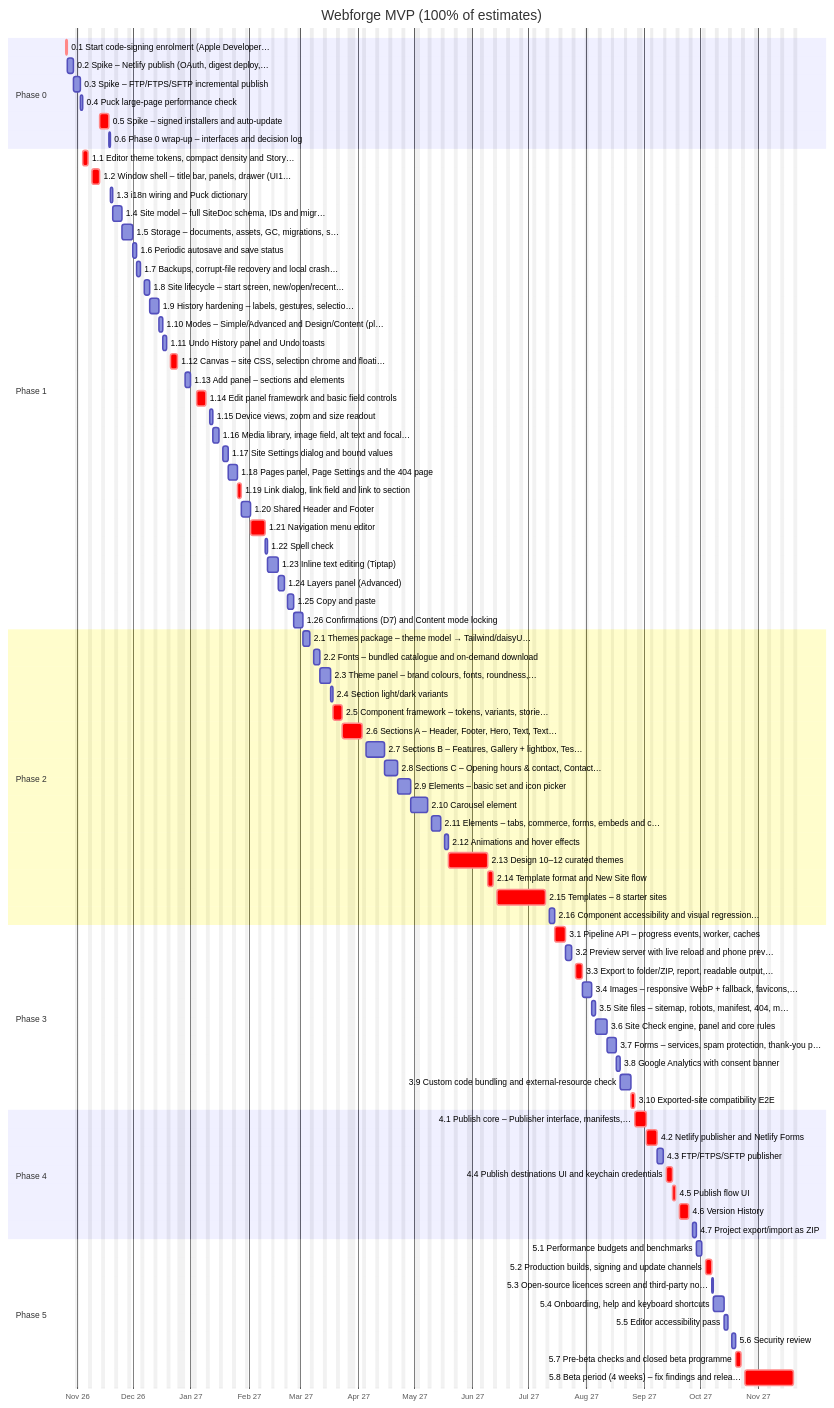
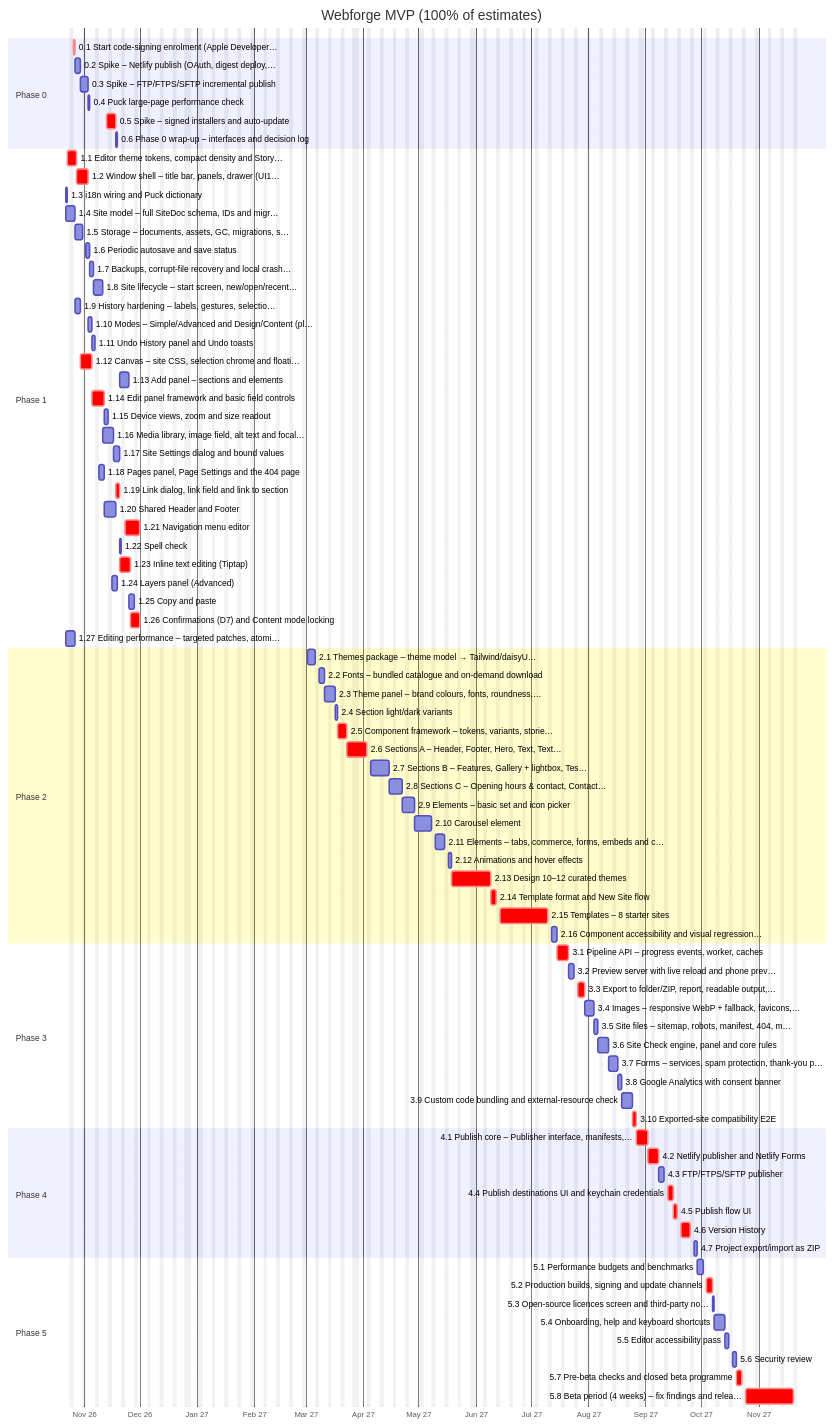
The diagram in spec/04-implementation-plan.md (nexustech/webforge), drawn with Mermaid before and after one commit. The commit also changed other lines of this file and 2 other files, not shown here.

Commit message:
docs(spec): plan Phase 1 as three concurrent streams (#91)
* docs(spec): plan Phase 1 as three concurrent streams

- spec/04: three streams with ownership and order, one item in progress
  per stream; Phase 1 dates 22 Oct-30 Nov 2026 (+25%: 9 Dec), effort
  82 days; new item 1.27 (editing performance, ADR 0007); 1.16 and 1.20
  re-estimated to 4 days; 1.9 depends on 1.27; Gantt updated
- fix references: 1.26 cites F-ED-10 (Content mode), 1.16 adds G14,
  the coverage table follows; R6 points at 1.5 for the sync-folder
  warning
- spec/02 F-SET-1 lists opening hours, as item 1.17 does
- research/stack/04: the shared Header/Footer are .wforge documents

* docs(spec): note early-start items and the new critical chain

```diff
--- a/spec/04-implementation-plan.md
+++ b/spec/04-implementation-plan.md
@@ -71,32 +73,33 @@
     0.5 Spike – signed installers and auto-update :crit, t0_5, 2026-11-13, 3d
     0.6 Phase 0 wrap-up – interfaces and decision log :t0_6, 2026-11-18, 1d
     section Phase 1
-    1.1 Editor theme tokens, compact density and Story… :crit, t1_1, 2026-11-04, 3d
-    1.2 Window shell – title bar, panels, drawer (UI1… :crit, t1_2, 2026-11-09, 4d
-    1.3 i18n wiring and Puck dictionary :t1_3, 2026-11-19, 1d
-    1.4 Site model – full SiteDoc schema, IDs and migr… :t1_4, 2026-11-20, 3d
-    1.5 Storage – documents, assets, GC, migrations, s… :t1_5, 2026-11-25, 4d
-    1.6 Periodic autosave and save status :t1_6, 2026-12-01, 2d
-    1.7 Backups, corrupt-file recovery and local crash… :t1_7, 2026-12-03, 2d
-    1.8 Site lifecycle – start screen, new/open/recent… :t1_8, 2026-12-07, 3d
-    1.9 History hardening – labels, gestures, selectio… :t1_9, 2026-12-10, 3d
-    1.10 Modes – Simple/Advanced and Design/Content (pl… :t1_10, 2026-12-15, 2d
-    1.11 Undo History panel and Undo toasts :t1_11, 2026-12-17, 2d
-    1.12 Canvas – site CSS, selection chrome and floati… :crit, t1_12, 2026-12-21, 4d
-    1.13 Add panel – sections and elements :t1_13, 2026-12-29, 3d
-    1.14 Edit panel framework and basic field controls :crit, t1_14, 2027-01-04, 5d
-    1.15 Device views, zoom and size readout :t1_15, 2027-01-11, 2d
-    1.16 Media library, image field, alt text and focal… :t1_16, 2027-01-13, 3d
-    1.17 Site Settings dialog and bound values :t1_17, 2027-01-18, 3d
-    1.18 Pages panel, Page Settings and the 404 page :t1_18, 2027-01-21, 3d
-    1.19 Link dialog, link field and link to section :crit, t1_19, 2027-01-26, 2d
-    1.20 Shared Header and Footer :t1_20, 2027-01-28, 3d
-    1.21 Navigation menu editor :crit, t1_21, 2027-02-02, 6d
-    1.22 Spell check :t1_22, 2027-02-10, 1d
-    1.23 Inline text editing (Tiptap) :t1_23, 2027-02-11, 4d
-    1.24 Layers panel (Advanced) :t1_24, 2027-02-17, 3d
-    1.25 Copy and paste :t1_25, 2027-02-22, 3d
-    1.26 Confirmations (D7) and Content mode locking :t1_26, 2027-02-25, 3d
+    1.1 Editor theme tokens, compact density and Story… :crit, t1_1, 2026-10-23, 3d
+    1.2 Window shell – title bar, panels, drawer (UI1… :crit, t1_2, 2026-10-28, 4d
+    1.3 i18n wiring and Puck dictionary :t1_3, 2026-10-22, 1d
+    1.4 Site model – full SiteDoc schema, IDs and migr… :t1_4, 2026-10-22, 3d
+    1.5 Storage – documents, assets, GC, migrations, s… :t1_5, 2026-10-27, 4d
+    1.6 Periodic autosave and save status :t1_6, 2026-11-02, 2d
+    1.7 Backups, corrupt-file recovery and local crash… :t1_7, 2026-11-04, 2d
+    1.8 Site lifecycle – start screen, new/open/recent… :t1_8, 2026-11-06, 3d
+    1.9 History hardening – labels, gestures, selectio… :t1_9, 2026-10-27, 3d
+    1.10 Modes – Simple/Advanced and Design/Content (pl… :t1_10, 2026-11-03, 2d
+    1.11 Undo History panel and Undo toasts :t1_11, 2026-11-05, 2d
+    1.12 Canvas – site CSS, selection chrome and floati… :crit, t1_12, 2026-10-30, 4d
+    1.13 Add panel – sections and elements :t1_13, 2026-11-20, 3d
+    1.14 Edit panel framework and basic field controls :crit, t1_14, 2026-11-05, 5d
+    1.15 Device views, zoom and size readout :t1_15, 2026-11-12, 2d
+    1.16 Media library, image field, alt text and focal… :t1_16, 2026-11-11, 4d
+    1.17 Site Settings dialog and bound values :t1_17, 2026-11-17, 3d
+    1.18 Pages panel, Page Settings and the 404 page :t1_18, 2026-11-09, 3d
+    1.19 Link dialog, link field and link to section :crit, t1_19, 2026-11-18, 2d
+    1.20 Shared Header and Footer :t1_20, 2026-11-12, 4d
+    1.21 Navigation menu editor :crit, t1_21, 2026-11-23, 6d
+    1.22 Spell check :t1_22, 2026-11-20, 1d
+    1.23 Inline text editing (Tiptap) :crit, t1_23, 2026-11-20, 4d
+    1.24 Layers panel (Advanced) :t1_24, 2026-11-16, 3d
+    1.25 Copy and paste :t1_25, 2026-11-25, 3d
+    1.26 Confirmations (D7) and Content mode locking :crit, t1_26, 2026-11-26, 3d
+    1.27 Editing performance – targeted patches, atomi… :t1_27, 2026-10-22, 3d
     section Phase 2
     2.1 Themes package – theme model → Tailwind/daisyU… :t2_1, 2027-03-02, 4d
     2.2 Fonts – bundled catalogue and on-demand download :t2_2, 2027-03-08, 3d
```
